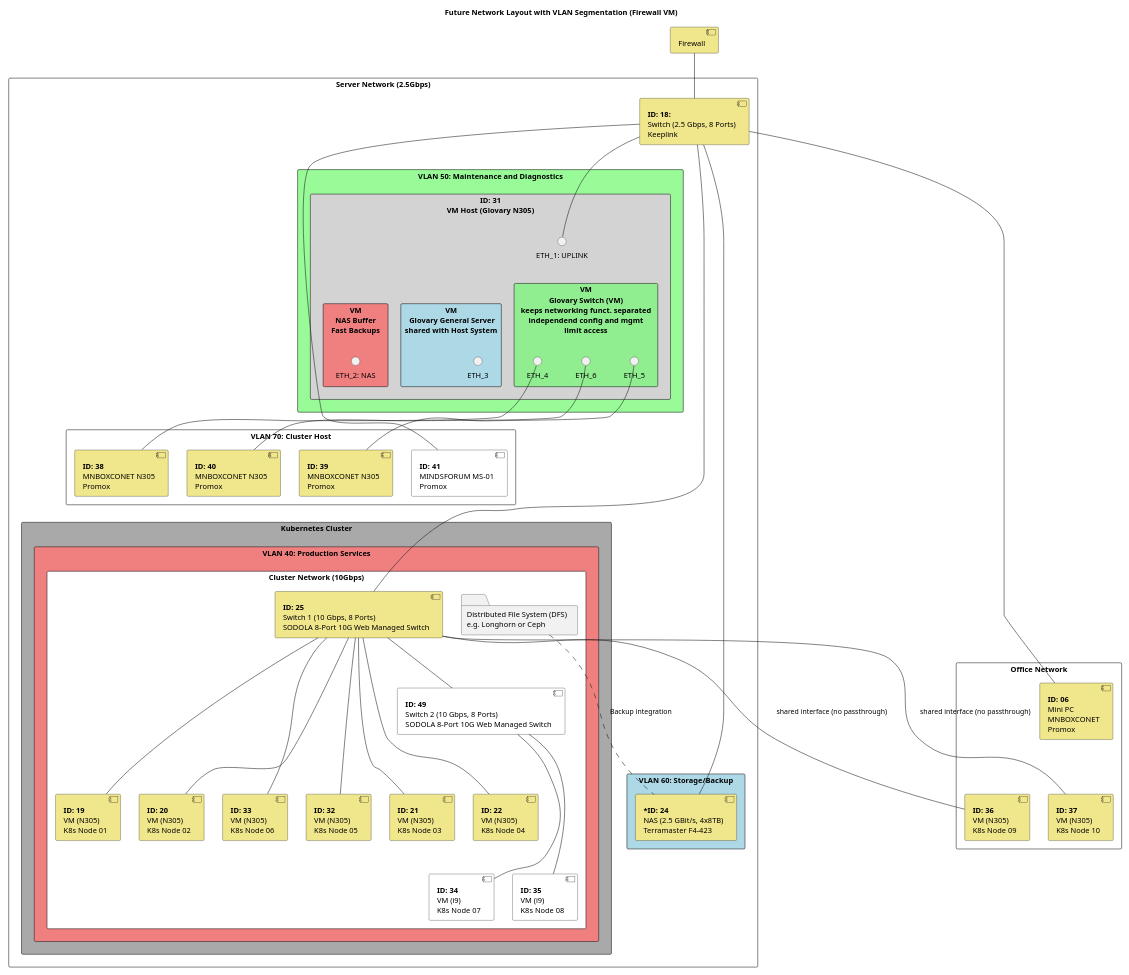
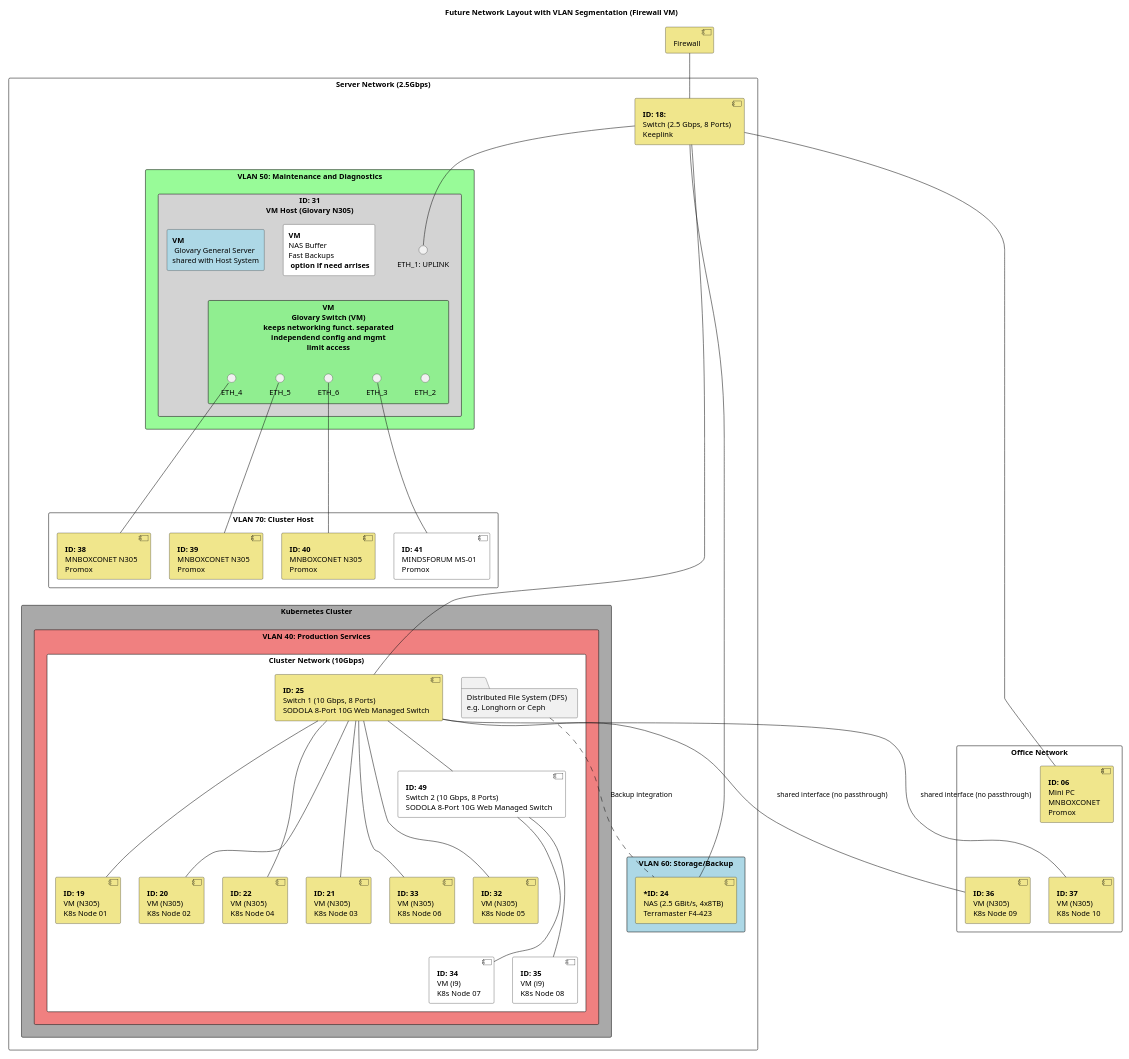
Before and after one commit to StefanSchade/setup-linux: the diagram in home/update/details-server.puml, drawn with PlantUML. The commit also changed 2 other files, not shown here.

```diff
--- a/home/update/details-server.puml
+++ b/home/update/details-server.puml
@@ -1,118 +1,118 @@
 @startuml
 title Future Network Layout with VLAN Segmentation (Firewall VM)
 
 skinparam maxWidth 2000
 skinparam maxHeight 900
 scale 0.7
 
 skinparam component {
     BackgroundColor Khaki
     BorderColor Black
     FontColor Black
 }
 
 [Firewall]
 
 rectangle "Office Network" as OfficeNet {
         		[**ID: 06**\nMini PC\nMNBOXCONET\nPromox] as PC_MNBOX
         		[**ID: 36**\nVM (N305)\nK8s Node 09] as Cluster_Node_09
         		[**ID: 37**\nVM (N305)\nK8s Node 10] as Cluster_Node_10
 } 
 
 rectangle "Server Network (2.5Gbps)" as ServerNet {
     [**ID: 18:**\nSwitch (2.5 Gbps, 8 Ports)\nKeeplink] as SWITCH_SERVERS
 
      rectangle "VLAN 60: Storage/Backup" as VLAN60 #LightBlue {
         [***ID: 24**\nNAS (2.5 GBit/s, 4x8TB)\nTerramaster F4-423] as NAS_Storage
      }
 
      rectangle "VLAN 50: Maintenance and Diagnostics" as VLAN50 #PaleGreen {
         rectangle "**ID: 31**\nVM Host (Glovary N305)" as VM_HOST #LightGrey {
-        	rectangle "**VM**\nNAS Buffer\nFast Backups" as VM_NAS #LightCoral {
-			circle "ETH_2: NAS" as E2	
+        	rectangle "**VM**\nNAS Buffer\nFast Backups\n **option if need arrises**" as VM_NAS #White {
 		}	
         	rectangle "**VM**\n Glovary General Server\nshared with Host System" as VM_GENERAL #LightBlue {
-			circle "ETH_3" as E3
 		}
         	rectangle "**VM**\nGlovary Switch (VM)\nkeeps networking funct. separated\nindependend config and mgmt\nlimit access" as VM_SWITCH #LightGreen {
+			circle "ETH_2" as E2	
+			circle "ETH_3" as E3
 			circle "ETH_4" as E4
 			circle "ETH_5" as E5
 			circle "ETH_6" as E6
 			
 }
                 
 		circle "ETH_1: UPLINK" as E1
 
                 E1 -[hidden]- E2
                 E1 -[hidden]- E3
                 E1 -[hidden]- E4
                 E1 -[hidden]- E5
                 E1 -[hidden]- E6
  
 	}
 
 
     }
 
     rectangle "VLAN 70: Cluster Host" as HOST {
         [**ID: 38**\nMNBOXCONET N305\nPromox]	as Cluster_Host_1
         [**ID: 39**\nMNBOXCONET N305\nPromox]	as Cluster_Host_2
         [**ID: 40**\nMNBOXCONET N305\nPromox]	as Cluster_Host_3
         [**ID: 41**\nMINDSFORUM MS-01\nPromox]	as Cluster_Host_4 #White
     }
 
     rectangle "Kubernetes Cluster" as K8s #Darkgrey {
 	    rectangle "VLAN 40: Production Services" as VLAN40 #LightCoral {
 		rectangle "Cluster Network (10Gbps)" as ClusterNet #White {
     			folder "Distributed File System (DFS)\ne.g. Longhorn or Ceph" as DFS
         		[**ID: 25**\nSwitch 1 (10 Gbps, 8 Ports)\nSODOLA 8-Port 10G Web Managed Switch] as SWITCH_CLUSTER
         		[**ID: 49**\nSwitch 2 (10 Gbps, 8 Ports)\nSODOLA 8-Port 10G Web Managed Switch] as SWITCH_CLUSTER2 #White
         		[**ID: 19**\nVM (N305)\nK8s Node 01] as Cluster_Node_01
         		[**ID: 20**\nVM (N305)\nK8s Node 02] as Cluster_Node_02
         		[**ID: 21**\nVM (N305)\nK8s Node 03] as Cluster_Node_03
         		[**ID: 22**\nVM (N305)\nK8s Node 04] as Cluster_Node_04
          		[**ID: 32**\nVM (N305)\nK8s Node 05] as Cluster_Node_05
         		[**ID: 33**\nVM (N305)\nK8s Node 06] as Cluster_Node_06
         		[**ID: 34**\nVM (i9)\nK8s Node 07] as Cluster_Node_07 #White
         		[**ID: 35**\nVM (i9)\nK8s Node 08] as Cluster_Node_08 #White
 		}
     	  }
      }
 }
 SWITCH_SERVERS -- SWITCH_CLUSTER
 SWITCH_CLUSTER -- SWITCH_CLUSTER2
 SWITCH_SERVERS -- E1 
 SWITCH_SERVERS -- NAS_Storage 
 SWITCH_SERVERS -- PC_MNBOX 
 E4 -- Cluster_Host_1
 E5 -- Cluster_Host_2
 E6 -- Cluster_Host_3
-SWITCH_SERVERS ---- Cluster_Host_4
+E3 ---- Cluster_Host_4
 
 SWITCH_CLUSTER --- Cluster_Node_01
 SWITCH_CLUSTER --- Cluster_Node_02
 SWITCH_CLUSTER --- Cluster_Node_03
 SWITCH_CLUSTER --- Cluster_Node_04
 SWITCH_CLUSTER --- Cluster_Node_05
 SWITCH_CLUSTER --- Cluster_Node_06
 SWITCH_CLUSTER2 --- Cluster_Node_07
 SWITCH_CLUSTER2 --- Cluster_Node_08
 SWITCH_CLUSTER --- Cluster_Node_09 : shared interface (no passthrough)
 SWITCH_CLUSTER --- Cluster_Node_10 : shared interface (no passthrough)
 
 Firewall -- SWITCH_SERVERS
 
 DFS ... NAS_Storage: Backup integration
 
 Cluster_Host_1 ..[hidden].. Cluster_Node_01
 Cluster_Host_1 ..[hidden].. Cluster_Node_02 
 Cluster_Host_2 ..[hidden].. Cluster_Node_03 
 Cluster_Host_2 ..[hidden].. Cluster_Node_04 
 Cluster_Host_3 ..[hidden].. Cluster_Node_05
 Cluster_Host_3 ..[hidden].. Cluster_Node_06 
 Cluster_Host_4 ..[hidden].. Cluster_Node_07 
 Cluster_Host_4 ..[hidden].. Cluster_Node_08
 PC_MNBOX .[hidden]. Cluster_Node_09 : VM
 PC_MNBOX .[hidden]. Cluster_Node_10 : VM
 
 @enduml
```
